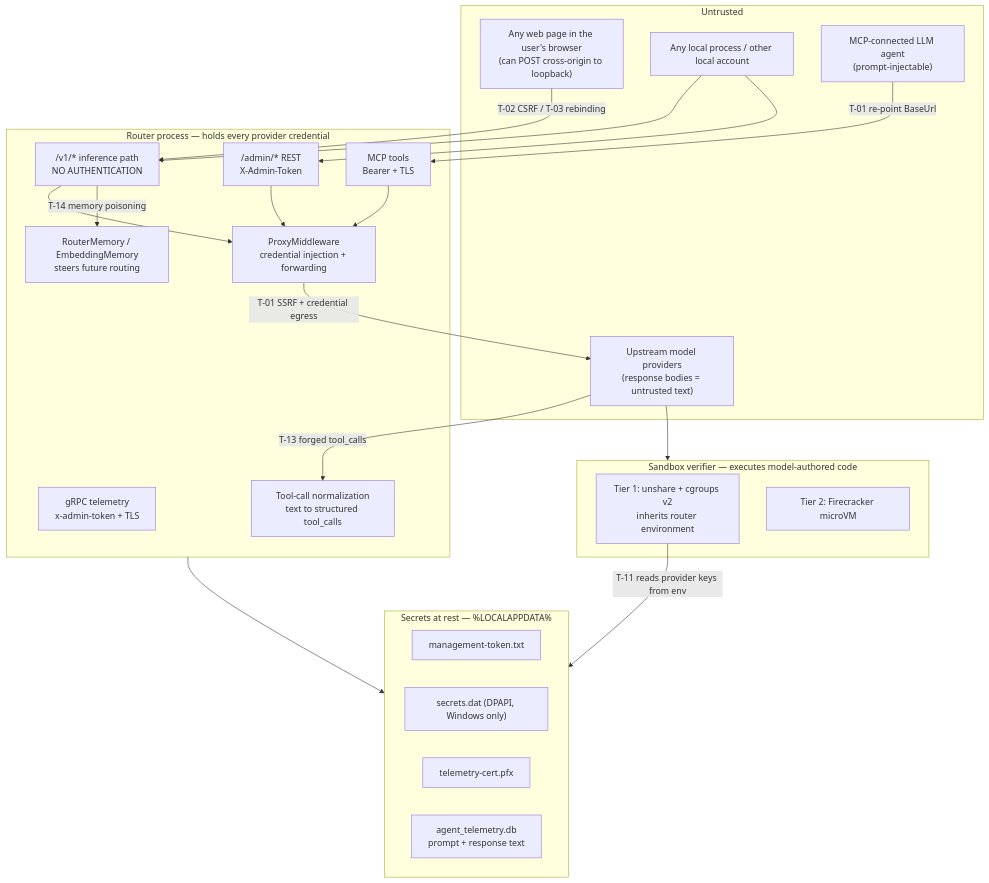
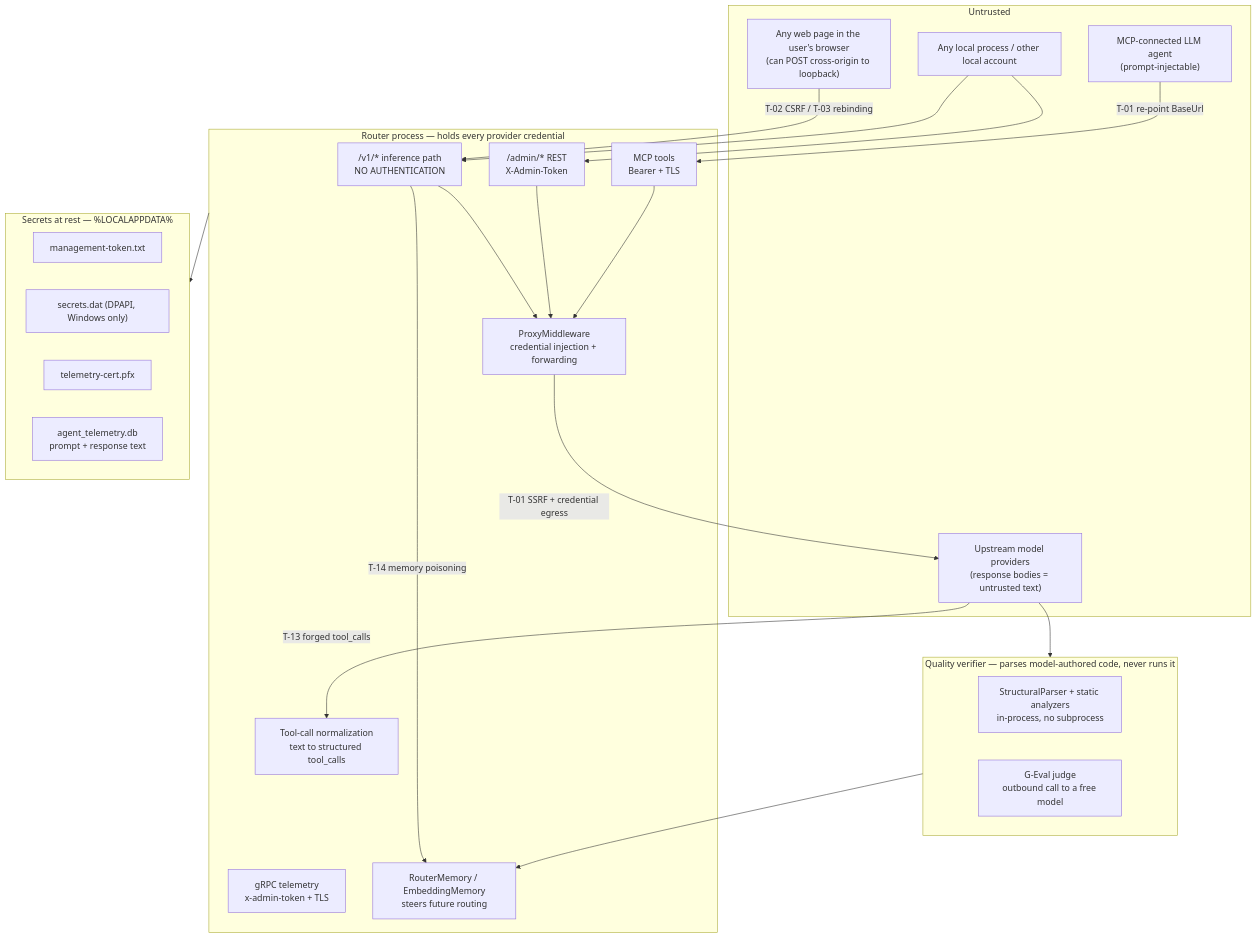
The diagram in docs/router/security-hardening-plan.md (davidpizon/TotallyHot-ArcRouter), drawn with Mermaid before and after one commit. The commit also changed other lines of this file and 238 other files, not shown here.

First line of the commit message:
Phase N3: Embedding model identity tracking and sandbox module removal

````diff
--- a/docs/router/security-hardening-plan.md
+++ b/docs/router/security-hardening-plan.md
@@ -47,45 +51,45 @@
 ```mermaid
 flowchart TB
     subgraph UNTRUSTED["Untrusted"]
         BROWSER["Any web page in the user's browser<br/>(can POST cross-origin to loopback)"]
         LOCALPROC["Any local process / other local account"]
         UPSTREAM["Upstream model providers<br/>(response bodies = untrusted text)"]
         AGENT["MCP-connected LLM agent<br/>(prompt-injectable)"]
     end
 
     subgraph ROUTER["Router process — holds every provider credential"]
         V1["/v1/* inference path<br/>NO AUTHENTICATION"]
         ADMIN["/admin/* REST<br/>X-Admin-Token"]
         GRPC["gRPC telemetry<br/>x-admin-token + TLS"]
         MCP["MCP tools<br/>Bearer + TLS"]
         FWD["ProxyMiddleware<br/>credential injection + forwarding"]
         NORM["Tool-call normalization<br/>text to structured tool_calls"]
         MEM["RouterMemory / EmbeddingMemory<br/>steers future routing"]
     end
 
-    subgraph EXEC["Sandbox verifier — executes model-authored code"]
-        JAIL["Tier 1: unshare + cgroups v2<br/>inherits router environment"]
-        VM["Tier 2: Firecracker microVM"]
+    subgraph QUAL["Quality verifier — parses model-authored code, never runs it"]
+        PARSE["StructuralParser + static analyzers<br/>in-process, no subprocess"]
+        JUDGE["G-Eval judge<br/>outbound call to a free model"]
     end
 
     subgraph SECRETS["Secrets at rest — %LOCALAPPDATA%"]
         TOK["management-token.txt"]
         SEC["secrets.dat (DPAPI, Windows only)"]
         PFX["telemetry-cert.pfx"]
         DB["agent_telemetry.db<br/>prompt + response text"]
     end
 
     BROWSER -->|"T-02 CSRF / T-03 rebinding"| V1
     LOCALPROC --> V1
     LOCALPROC --> ADMIN
     AGENT -->|"T-01 re-point BaseUrl"| MCP
     V1 --> FWD
     ADMIN --> FWD
     MCP --> FWD
     FWD -->|"T-01 SSRF + credential egress"| UPSTREAM
     UPSTREAM -->|"T-13 forged tool_calls"| NORM
-    UPSTREAM --> EXEC
-    JAIL -->|"T-11 reads provider keys from env"| SECRETS
+    UPSTREAM --> QUAL
+    QUAL --> MEM
     V1 -->|"T-14 memory poisoning"| MEM
     ROUTER --> SECRETS
 ```
````
